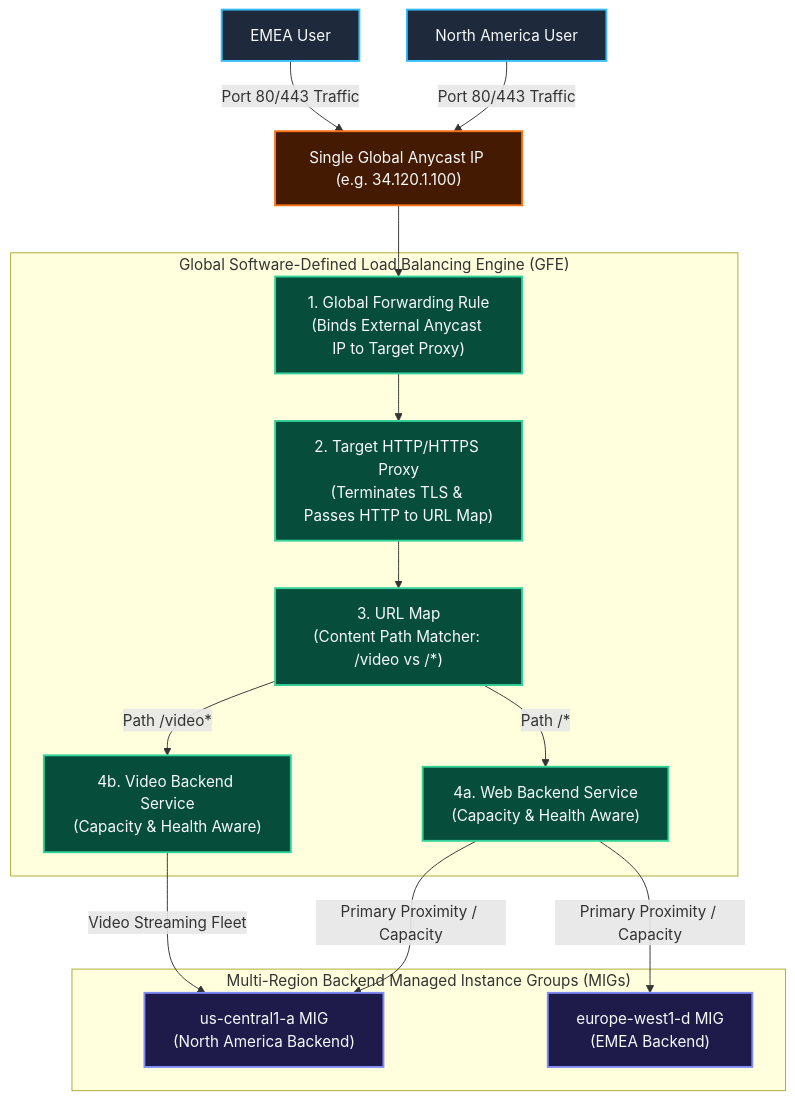
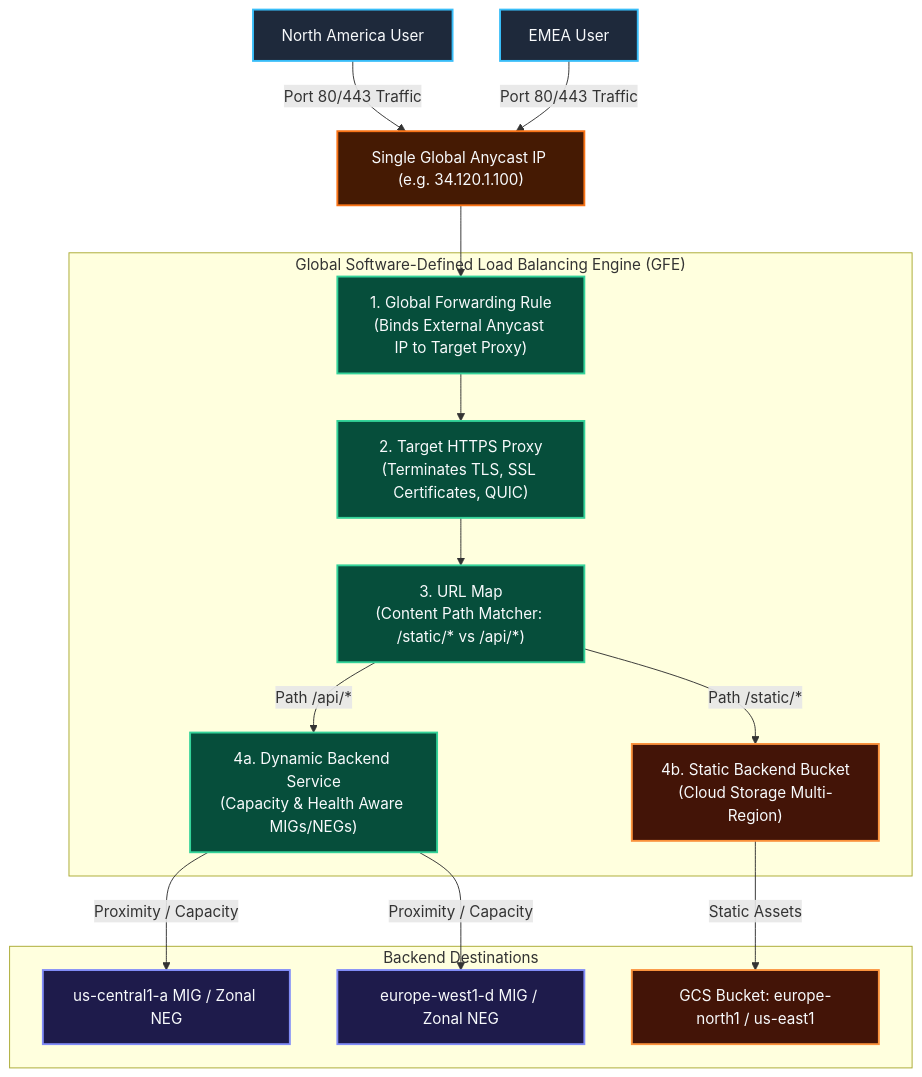
One commit to Chief-Strategist-J/gcd changed the first of 6 diagrams in compute-engine/casestudy/alb-global-routing-in-action.md. Above: the diagram before and after it, drawn with Mermaid. The commit also changed other lines of this file and 1 other file, not shown here.

Commit message:
Expand Case Study 2 with HTTPS, QUIC, Backend Buckets & Network Endpoint Groups (NEGs)

````diff
--- a/compute-engine/casestudy/alb-global-routing-in-action.md
+++ b/compute-engine/casestudy/alb-global-routing-in-action.md
@@ -11,33 +11,35 @@
 ```mermaid
 graph TD
     classDef client fill:#1E293B,stroke:#38BDF8,stroke-width:2px,color:#F8FAFC;
     classDef pop fill:#451A03,stroke:#F97316,stroke-width:2px,color:#F8FAFC;
     classDef lb fill:#064E3B,stroke:#34D399,stroke-width:2px,color:#F8FAFC;
     classDef mig fill:#1E1B4B,stroke:#818CF8,stroke-width:2px,color:#F8FAFC;
+    classDef gcs fill:#431407,stroke:#FB923C,stroke-width:2px,color:#F8FAFC;
 
     ClientNA["North America User"]:::client -->|Port 80/443 Traffic| AnycastIP["Single Global Anycast IP (e.g. 34.120.1.100)"]:::pop
     ClientEMEA["EMEA User"]:::client -->|Port 80/443 Traffic| AnycastIP
 
     subgraph LBEngine ["Global Software-Defined Load Balancing Engine (GFE)"]
         FR["1. Global Forwarding Rule<br/>(Binds External Anycast IP to Target Proxy)"]:::lb
-        TP["2. Target HTTP/HTTPS Proxy<br/>(Terminates TLS & Passes HTTP to URL Map)"]:::lb
-        UM["3. URL Map<br/>(Content Path Matcher: /video vs /*)"]:::lb
-        BS1["4a. Web Backend Service<br/>(Capacity & Health Aware)"]:::lb
-        BS2["4b. Video Backend Service<br/>(Capacity & Health Aware)"]:::lb
+        TP["2. Target HTTPS Proxy<br/>(Terminates TLS, SSL Certificates, QUIC)"]:::lb
+        UM["3. URL Map<br/>(Content Path Matcher: /static/* vs /api/*)"]:::lb
+        BS1["4a. Dynamic Backend Service<br/>(Capacity & Health Aware MIGs/NEGs)"]:::lb
+        BB1["4b. Static Backend Bucket<br/>(Cloud Storage Multi-Region)"]:::gcs
     end
 
     AnycastIP --> FR
     FR --> TP
     TP --> UM
-    UM -->|Path /*| BS1
-    UM -->|Path /video*| BS2
+    UM -->|Path /api/*| BS1
+    UM -->|Path /static/*| BB1
 
-    subgraph Backends ["Multi-Region Backend Managed Instance Groups (MIGs)"]
-        MIG_US["us-central1-a MIG<br/>(North America Backend)"]:::mig
-        MIG_EU["europe-west1-d MIG<br/>(EMEA Backend)"]:::mig
+    subgraph Backends ["Backend Destinations"]
+        MIG_US["us-central1-a MIG / Zonal NEG"]:::mig
+        MIG_EU["europe-west1-d MIG / Zonal NEG"]:::mig
+        GCS_BUCKET["GCS Bucket: europe-north1 / us-east1"]:::gcs
     end
 
-    BS1 -->|Primary Proximity / Capacity| MIG_US
-    BS1 -->|Primary Proximity / Capacity| MIG_EU
-    BS2 -->|Video Streaming Fleet| MIG_US
+    BS1 -->|Proximity / Capacity| MIG_US
+    BS1 -->|Proximity / Capacity| MIG_EU
+    BB1 -->|Static Assets| GCS_BUCKET
 ```
````
